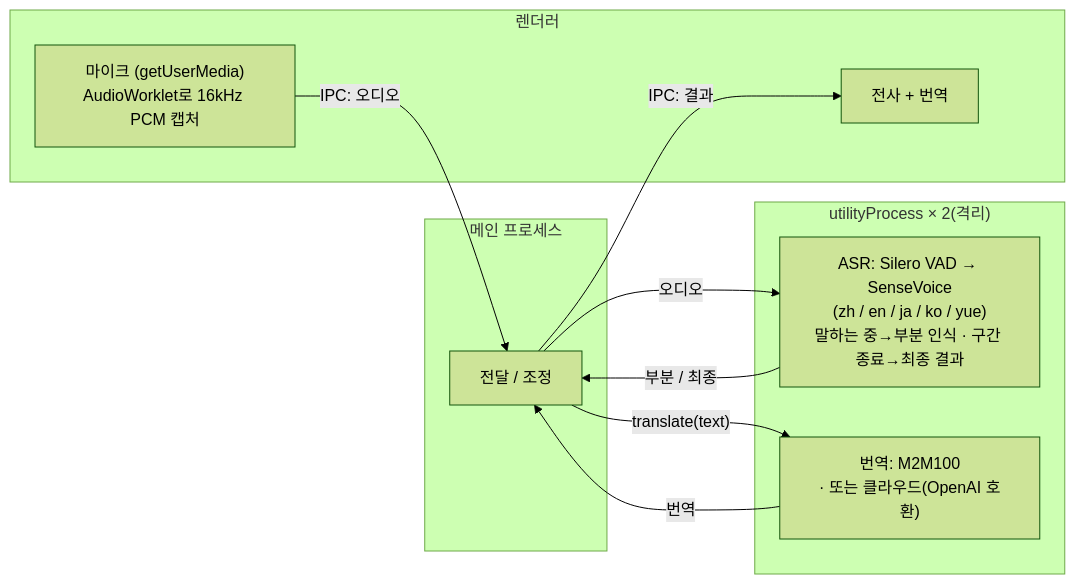
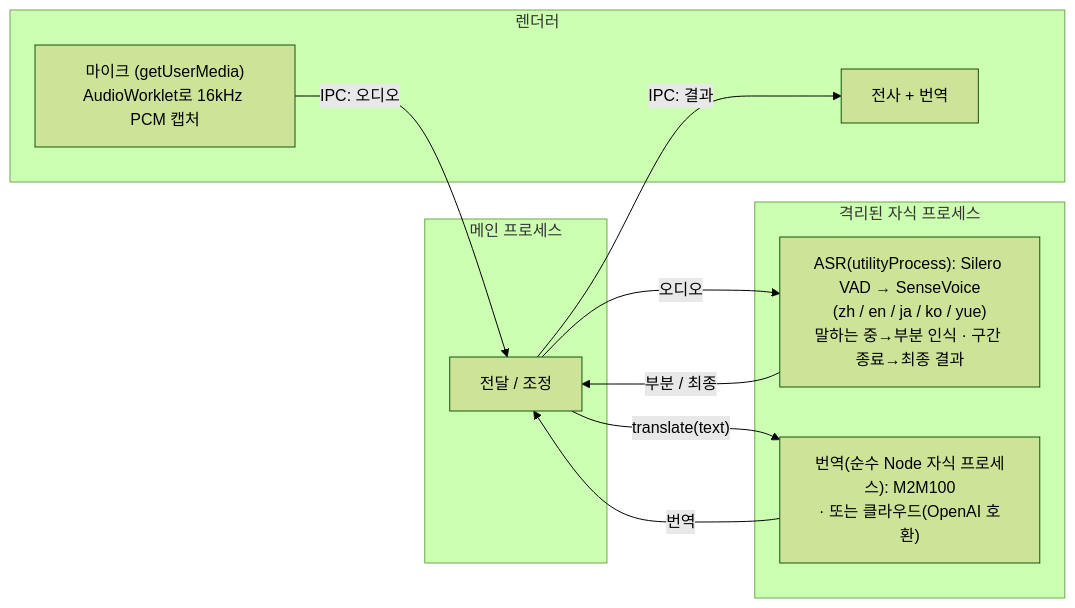
One commit to baijunjie/realtime-translator changed the diagram in README.ko.md. Above: the diagram before and after it, drawn with Mermaid (forest theme). The commit also changed other lines of this file and 5 other files, not shown here.

````diff
--- a/README.ko.md
+++ b/README.ko.md
@@ -108,20 +115,20 @@
 ```mermaid
 flowchart LR
   subgraph RENDER["렌더러"]
     MIC["마이크 (getUserMedia)<br/>AudioWorklet로 16kHz PCM 캡처"]
     UI["전사 + 번역"]
   end
   subgraph MAIN["메인 프로세스"]
     HUB["전달 / 조정"]
   end
-  subgraph UTIL["utilityProcess × 2(격리)"]
-    ASR["ASR: Silero VAD → SenseVoice<br/>(zh / en / ja / ko / yue)<br/>말하는 중→부분 인식 · 구간 종료→최종 결과"]
-    TRANS["번역: M2M100<br/>· 또는 클라우드(OpenAI 호환)"]
+  subgraph UTIL["격리된 자식 프로세스"]
+    ASR["ASR(utilityProcess): Silero VAD → SenseVoice<br/>(zh / en / ja / ko / yue)<br/>말하는 중→부분 인식 · 구간 종료→최종 결과"]
+    TRANS["번역(순수 Node 자식 프로세스): M2M100<br/>· 또는 클라우드(OpenAI 호환)"]
   end
   MIC -- "IPC: 오디오" --> HUB
   HUB -- 오디오 --> ASR
   ASR -- "부분 / 최종" --> HUB
   HUB -- "translate(text)" --> TRANS
   TRANS -- 번역 --> HUB
   HUB -- "IPC: 결과" --> UI
 ```
````
